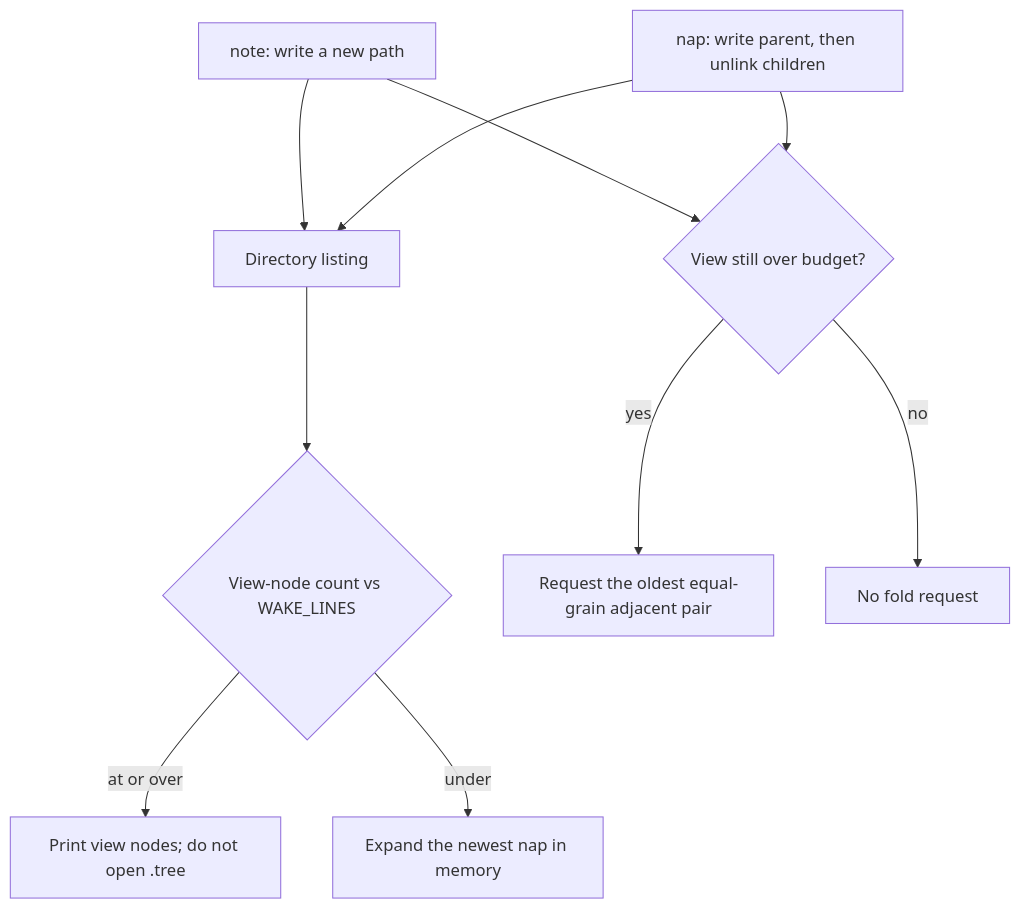
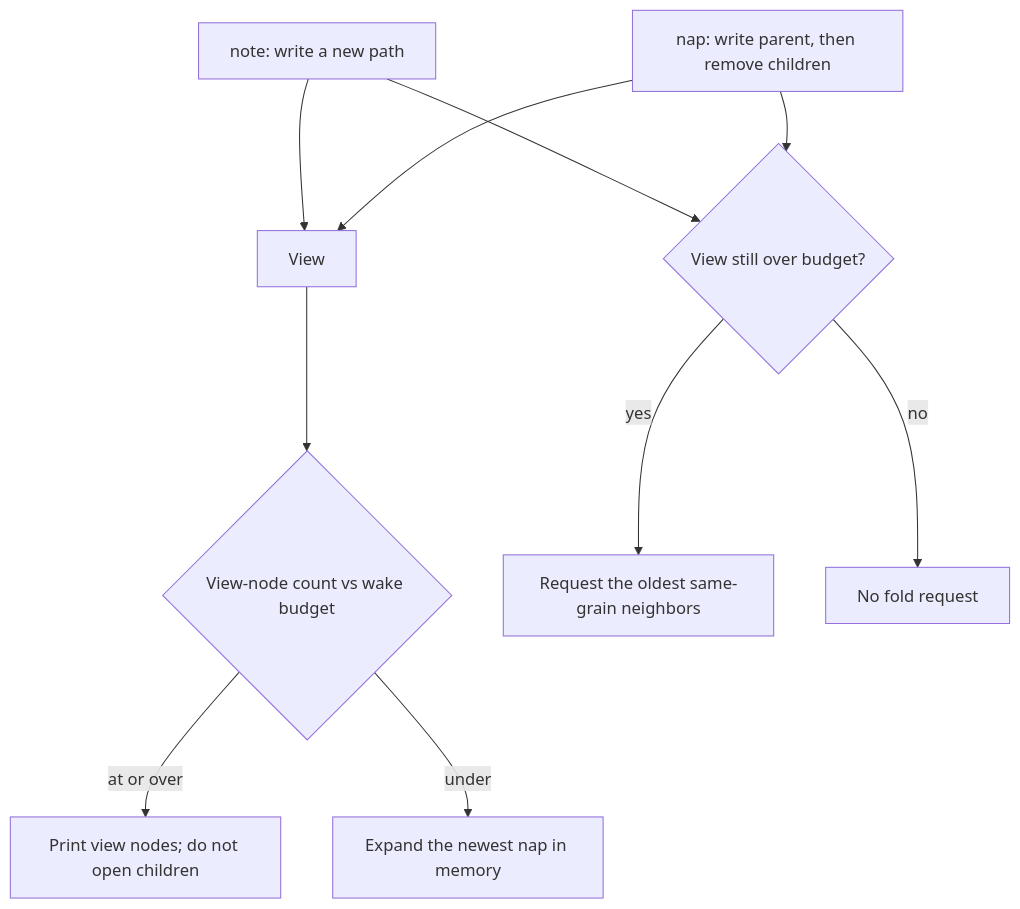
One commit to Texarkanine/SumMem changed the second of 14 diagrams in docs/architecture/index.md. Above: the diagram before and after it, drawn with Mermaid. The commit also changed other lines of this file, not shown here.

````diff
--- a/docs/architecture/index.md
+++ b/docs/architecture/index.md
@@ -87,12 +102,12 @@
 ```mermaid
 flowchart TD
-    Note["note: write a new path"] --> View["Directory listing"]
-    Nap["nap: write parent, then unlink children"] --> View
-    View --> Count{"View-node count vs WAKE_LINES"}
-    Count -->|"at or over"| Files["Print view nodes; do not open .tree"]
+    Note["note: write a new path"] --> View["View"]
+    Nap["nap: write parent, then remove children"] --> View
+    View --> Count{"View-node count vs wake budget"}
+    Count -->|"at or over"| Files["Print view nodes; do not open children"]
     Count -->|"under"| Expand["Expand the newest nap in memory"]
     Note --> Over{"View still over budget?"}
     Nap --> Over
-    Over -->|yes| Pair["Request the oldest equal-grain adjacent pair"]
+    Over -->|yes| Pair["Request the oldest same-grain neighbors"]
     Over -->|no| Done["No fold request"]
 ```
````
